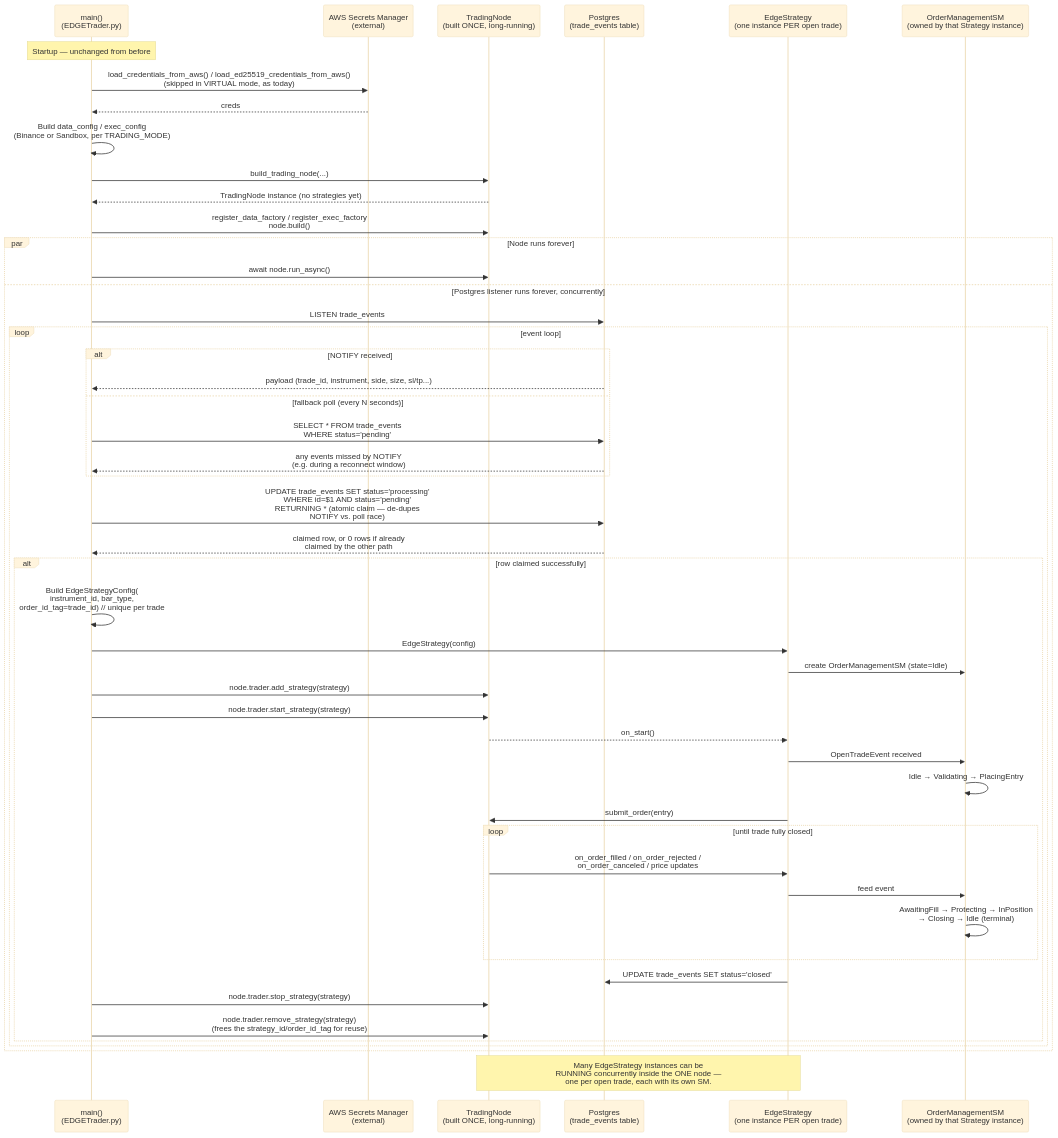
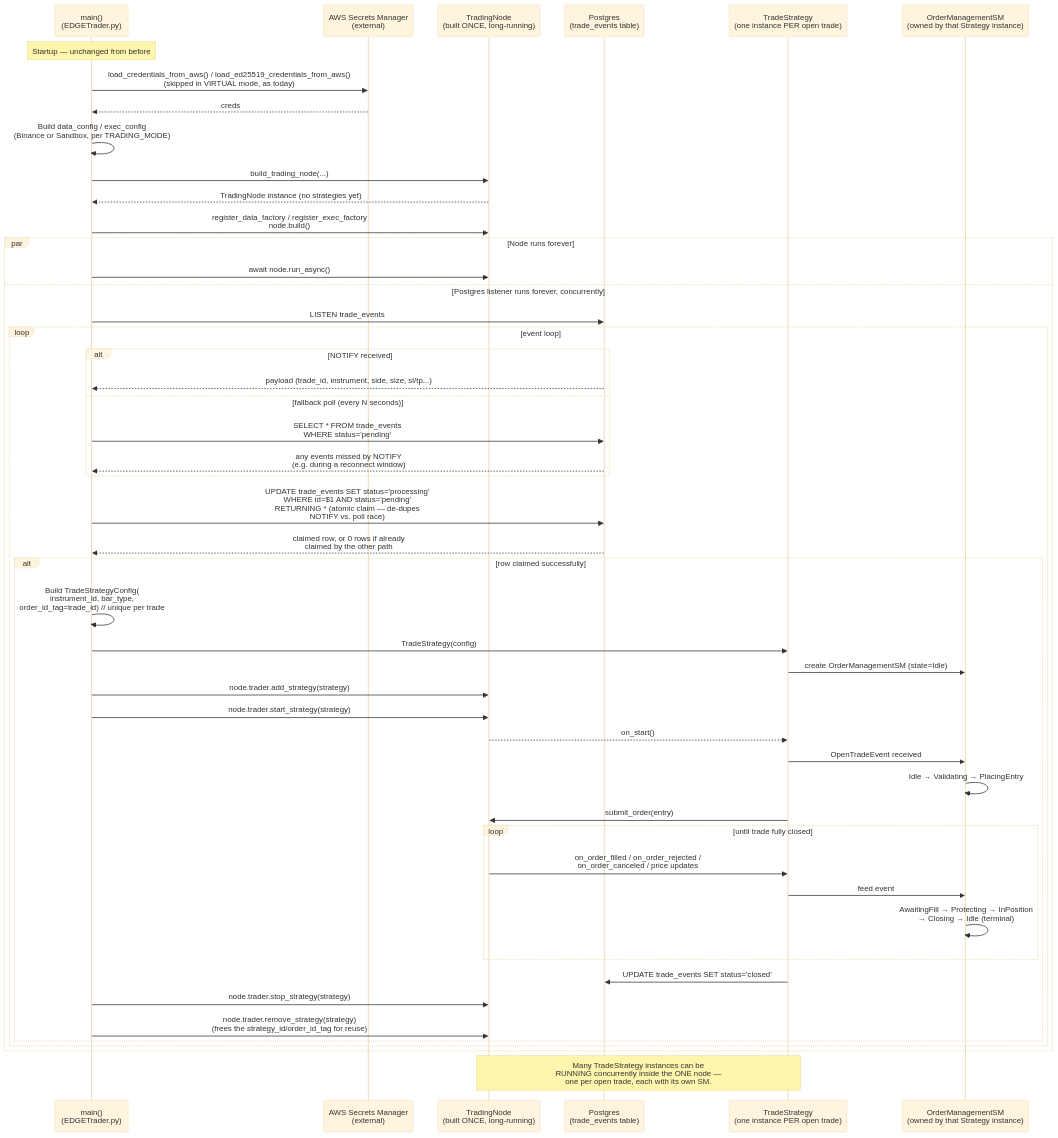
Before and after one commit to Andy11011/EDGEngine: the diagram in Arch/EdgeTrader/MainSD2.md, drawn with Mermaid (base theme). The commit also changed 4 other files, not shown here.

Commit message:
Implementing new Main Control Flow - 2

````diff
--- a/Arch/EdgeTrader/MainSD2.md
+++ b/Arch/EdgeTrader/MainSD2.md
@@ -1,62 +1,62 @@
 ```mermaid
 sequenceDiagram
     participant Main as main()<br/>(EDGETrader.py)
     participant AWS as AWS Secrets Manager<br/>(external)
     participant Node as TradingNode<br/>(built ONCE, long-running)
     participant PG as Postgres<br/>(trade_events table)
-    participant Strategy as EdgeStrategy<br/>(one instance PER open trade)
+    participant Strategy as TradeStrategy<br/>(one instance PER open trade)
     participant SM as OrderManagementSM<br/>(owned by that Strategy instance)
 
     Note over Main: Startup — unchanged from before
     Main->>AWS: load_credentials_from_aws() / load_ed25519_credentials_from_aws()<br/>(skipped in VIRTUAL mode, as today)
     AWS-->>Main: creds
 
     Main->>Main: Build data_config / exec_config<br/>(Binance or Sandbox, per TRADING_MODE)
     Main->>Node: build_trading_node(...)
     Node-->>Main: TradingNode instance (no strategies yet)
 
     Main->>Node: register_data_factory / register_exec_factory<br/>node.build()
 
     par Node runs forever
         Main->>Node: await node.run_async()
     and Postgres listener runs forever, concurrently
         Main->>PG: LISTEN trade_events
         loop event loop
             alt NOTIFY received
                 PG-->>Main: payload (trade_id, instrument, side, size, sl/tp...)
             else fallback poll (every N seconds)
                 Main->>PG: SELECT * FROM trade_events<br/>WHERE status='pending'
                 PG-->>Main: any events missed by NOTIFY<br/>(e.g. during a reconnect window)
             end
 
             Main->>PG: UPDATE trade_events SET status='processing'<br/>WHERE id=$1 AND status='pending'<br/>RETURNING * (atomic claim — de-dupes<br/>NOTIFY vs. poll race)
             PG-->>Main: claimed row, or 0 rows if already<br/>claimed by the other path
 
             alt row claimed successfully
-                Main->>Main: Build EdgeStrategyConfig(<br/>instrument_id, bar_type,<br/>order_id_tag=trade_id)  // unique per trade
-                Main->>Strategy: EdgeStrategy(config)
+                Main->>Main: Build TradeStrategyConfig(<br/>instrument_id, bar_type,<br/>order_id_tag=trade_id)  // unique per trade
+                Main->>Strategy: TradeStrategy(config)
                 Strategy->>SM: create OrderManagementSM (state=Idle)
 
                 Main->>Node: node.trader.add_strategy(strategy)
                 Main->>Node: node.trader.start_strategy(strategy)
                 Node-->>Strategy: on_start()
 
                 Strategy->>SM: OpenTradeEvent received
                 SM->>SM: Idle → Validating → PlacingEntry
                 Strategy->>Node: submit_order(entry)
 
                 loop until trade fully closed
                     Node->>Strategy: on_order_filled / on_order_rejected /<br/>on_order_canceled / price updates
                     Strategy->>SM: feed event
                     SM->>SM: AwaitingFill → Protecting → InPosition<br/>→ Closing → Idle (terminal)
                 end
 
                 Strategy->>PG: UPDATE trade_events SET status='closed'
                 Main->>Node: node.trader.stop_strategy(strategy)
                 Main->>Node: node.trader.remove_strategy(strategy)<br/>(frees the strategy_id/order_id_tag for reuse)
             end
         end
     end
 
-    Note over Node,Strategy: Many EdgeStrategy instances can be<br/>RUNNING concurrently inside the ONE node —<br/>one per open trade, each with its own SM.
+    Note over Node,Strategy: Many TradeStrategy instances can be<br/>RUNNING concurrently inside the ONE node —<br/>one per open trade, each with its own SM.
 ```
````
